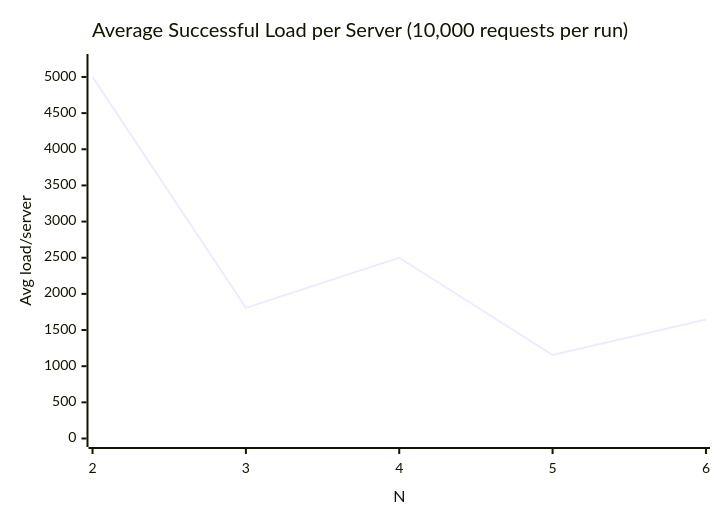
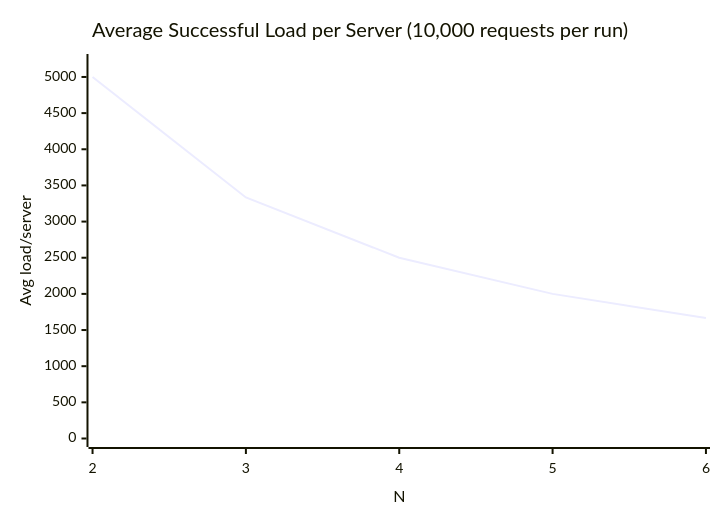
The first of 2 diagrams in README.md (AmyMugeni/LoadBalancer), drawn with Mermaid before and after one commit. The commit also changed other lines of this file and 3 other files, not shown here.

````diff
--- a/README.md
+++ b/README.md
@@ -508,7 +396,7 @@
 ```mermaid
 xychart-beta
   title "Average Successful Load per Server (10,000 requests per run)"
   x-axis "N" [2, 3, 4, 5, 6]
   y-axis "Avg load/server" 0 --> 5200
-  line [5000, 1807, 2500, 1155.2, 1645.67]
+  line [5000, 3333.33, 2500, 2000, 1666.67]
 ```
````
